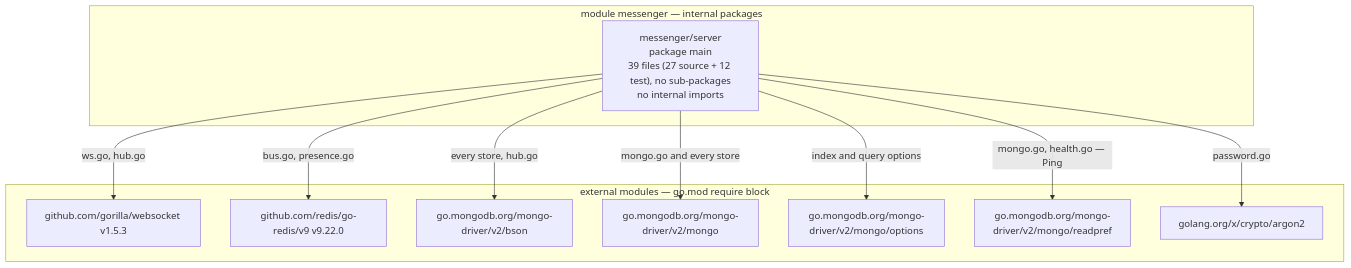
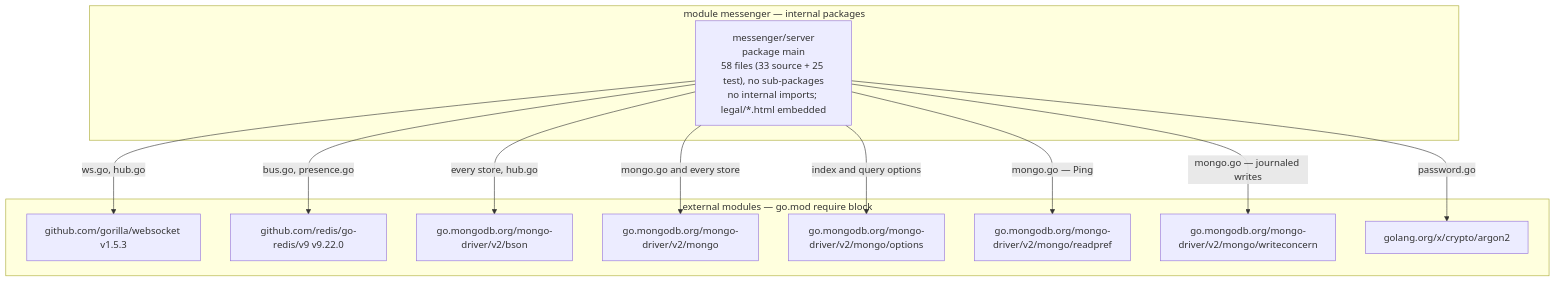
The third of 13 diagrams in docs/diagrams/README.md (hdmtrn/nosql-messenger), drawn with Mermaid before and after one commit. The commit also changed other lines of this file and 11 other files, not shown here.

````diff
--- a/docs/diagrams/README.md
+++ b/docs/diagrams/README.md
@@ -366,29 +423,31 @@
 ```mermaid
 %% Internal Go package dependencies.
 %% Source: `go list ./...` and `go list -f '{{.Imports}}' ./...` on go.mod module 'messenger'.
 %% There is exactly ONE internal package, so there are no internal edges to draw:
 %% every .go file under server/ is `package main`. The layering that a package
 %% graph would normally show lives in backend-architecture.mmd instead.
 flowchart TD
   subgraph internal["module messenger — internal packages"]
-    srv["messenger/server<br/>package main<br/>39 files (27 source + 12 test), no sub-packages<br/>no internal imports"]
+    srv["messenger/server<br/>package main<br/>58 files (33 source + 25 test), no sub-packages<br/>no internal imports; legal/*.html embedded"]
   end
 
   subgraph external["external modules — go.mod require block"]
     gws["github.com/gorilla/websocket v1.5.3"]
     grds["github.com/redis/go-redis/v9 v9.22.0"]
     bson["go.mongodb.org/mongo-driver/v2/bson"]
     mgo["go.mongodb.org/mongo-driver/v2/mongo"]
     mopt["go.mongodb.org/mongo-driver/v2/mongo/options"]
     mref["go.mongodb.org/mongo-driver/v2/mongo/readpref"]
+    mwc["go.mongodb.org/mongo-driver/v2/mongo/writeconcern"]
     argon["golang.org/x/crypto/argon2"]
   end
 
   srv -->|"ws.go, hub.go"| gws
   srv -->|"bus.go, presence.go"| grds
   srv -->|"every store, hub.go"| bson
   srv -->|"mongo.go and every store"| mgo
   srv -->|"index and query options"| mopt
-  srv -->|"mongo.go, health.go — Ping"| mref
+  srv -->|"mongo.go — Ping"| mref
+  srv -->|"mongo.go — journaled writes"| mwc
   srv -->|"password.go"| argon
 ```
````
